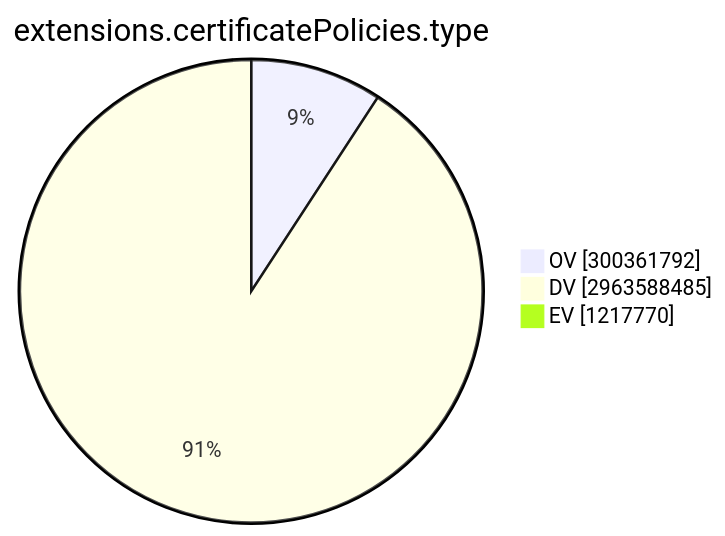
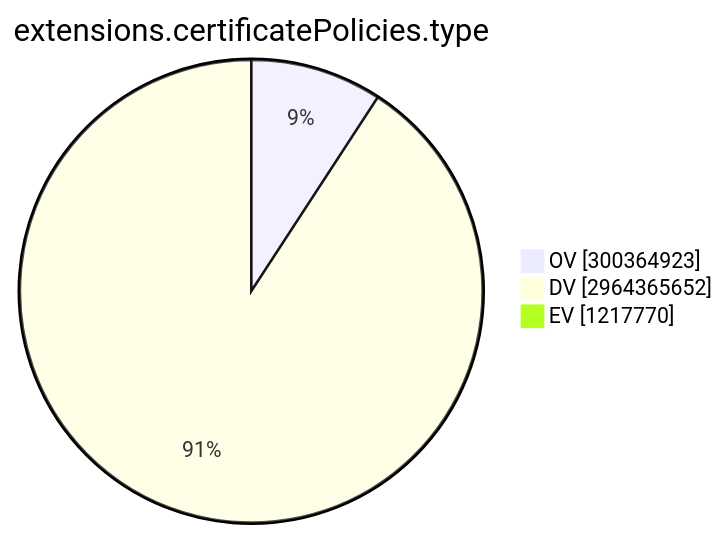
One commit to christiankrug/ctmonitor_visualization changed the ninth of 15 diagrams in TOTAL/README.md. Above: the diagram before and after it, drawn with Mermaid. The commit also changed other lines of this file, not shown here.

````diff
--- a/TOTAL/README.md
+++ b/TOTAL/README.md
@@ -3101,7 +3101,7 @@
 ```mermaid
 pie showData
 title extensions.certificatePolicies.type
-"OV" :300361792
-"DV" :2963588485
+"OV" :300364923
+"DV" :2964365652
 "EV" :1217770
 ```
````
